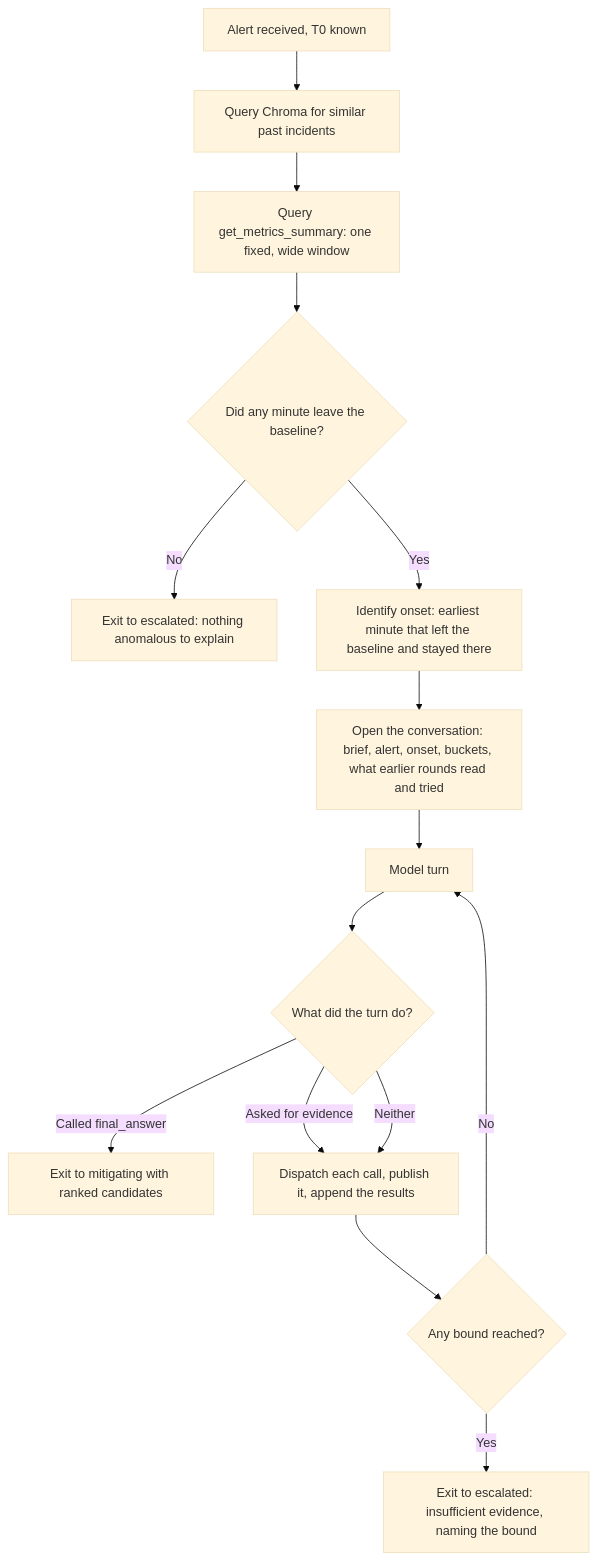
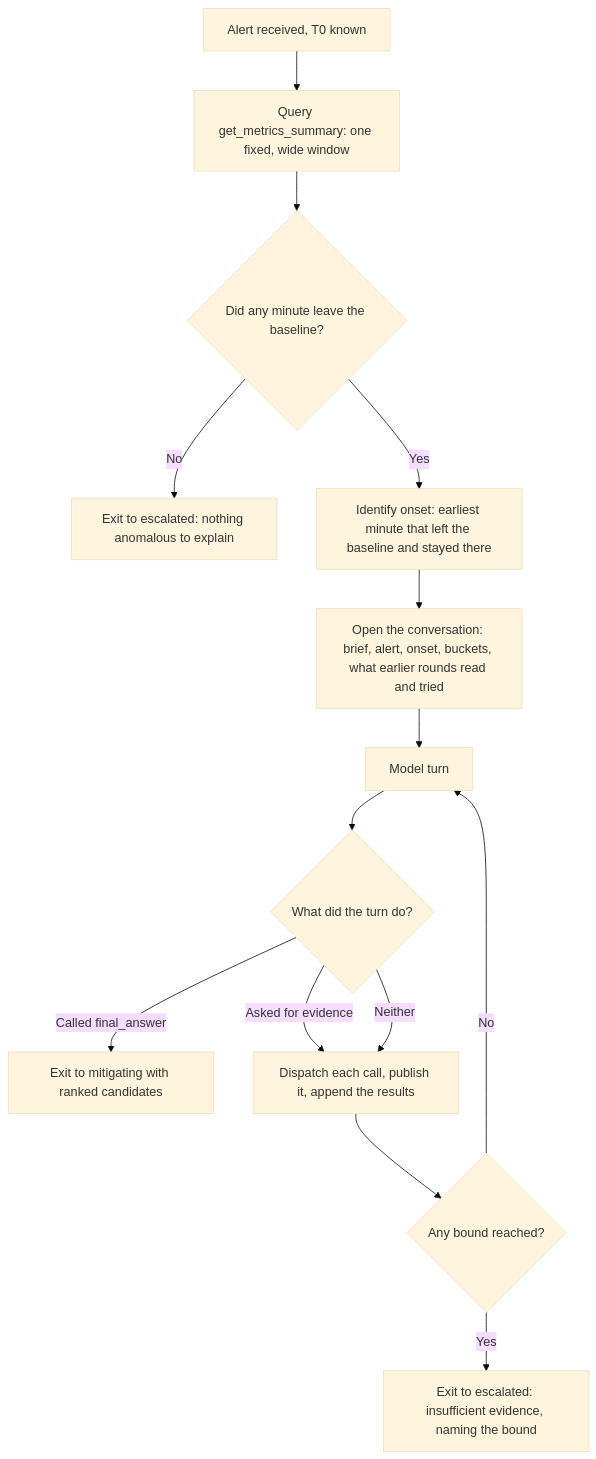
Before and after one commit to ohadraz/Argus: the second of 5 diagrams in docs/spec-and-architecture.md, drawn with Mermaid (base theme). The commit also changed other lines of this file and 63 other files, not shown here.

````diff
--- a/docs/spec-and-architecture.md
+++ b/docs/spec-and-architecture.md
@@ -240,17 +247,16 @@
 ```mermaid
 flowchart TD
-    A[Alert received, T0 known] --> B[Query Chroma for similar past incidents]
-    B --> C[Query get_metrics_summary: one fixed, wide window]
+    A[Alert received, T0 known] --> C[Query get_metrics_summary: one fixed, wide window]
     C --> D{Did any minute leave the baseline?}
     D -->|No| K[Exit to escalated: nothing anomalous to explain]
     D -->|Yes| E[Identify onset: earliest minute that left the baseline and stayed there]
     E --> F[Open the conversation: brief, alert, onset, buckets, what earlier rounds read and tried]
     F --> G[Model turn]
     G --> H{What did the turn do?}
     H -->|Called final_answer| I[Exit to mitigating with ranked candidates]
     H -->|Asked for evidence| J[Dispatch each call, publish it, append the results]
     H -->|Neither| J
     J --> L{Any bound reached?}
     L -->|No| G
     L -->|Yes| M[Exit to escalated: insufficient evidence, naming the bound]
 ```
````
